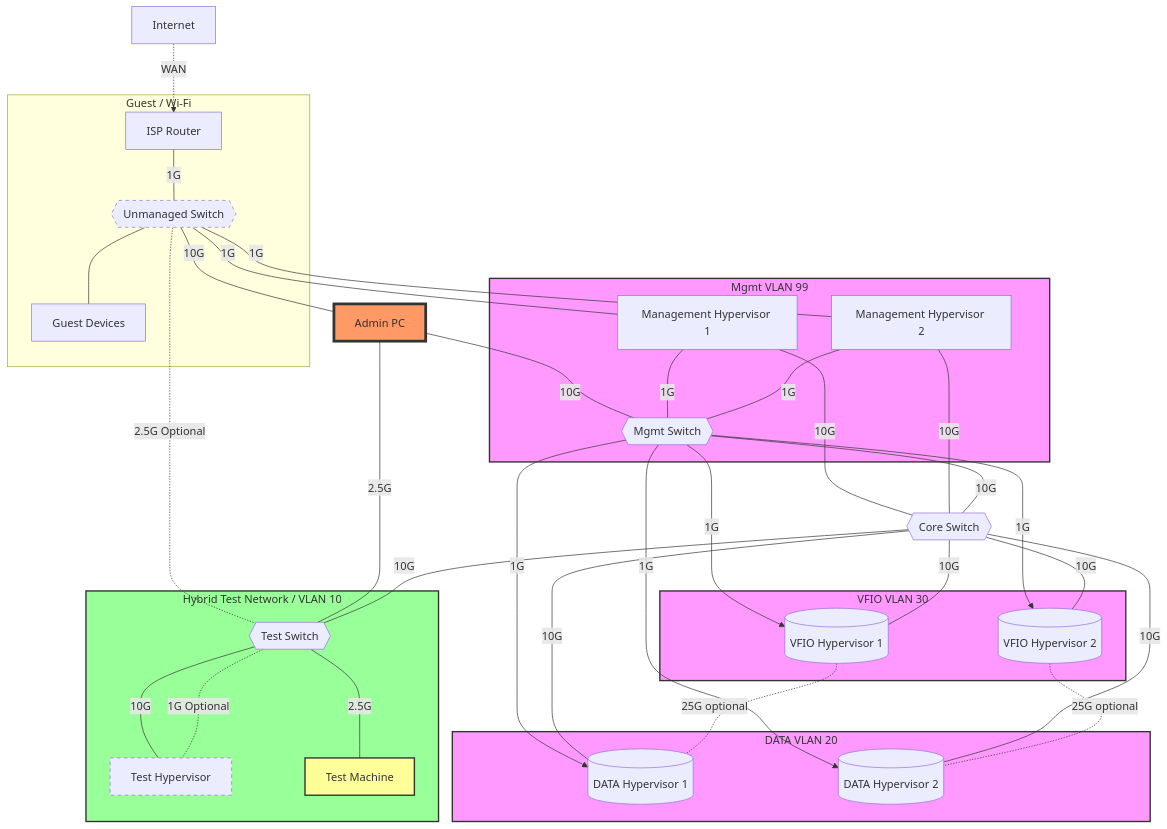
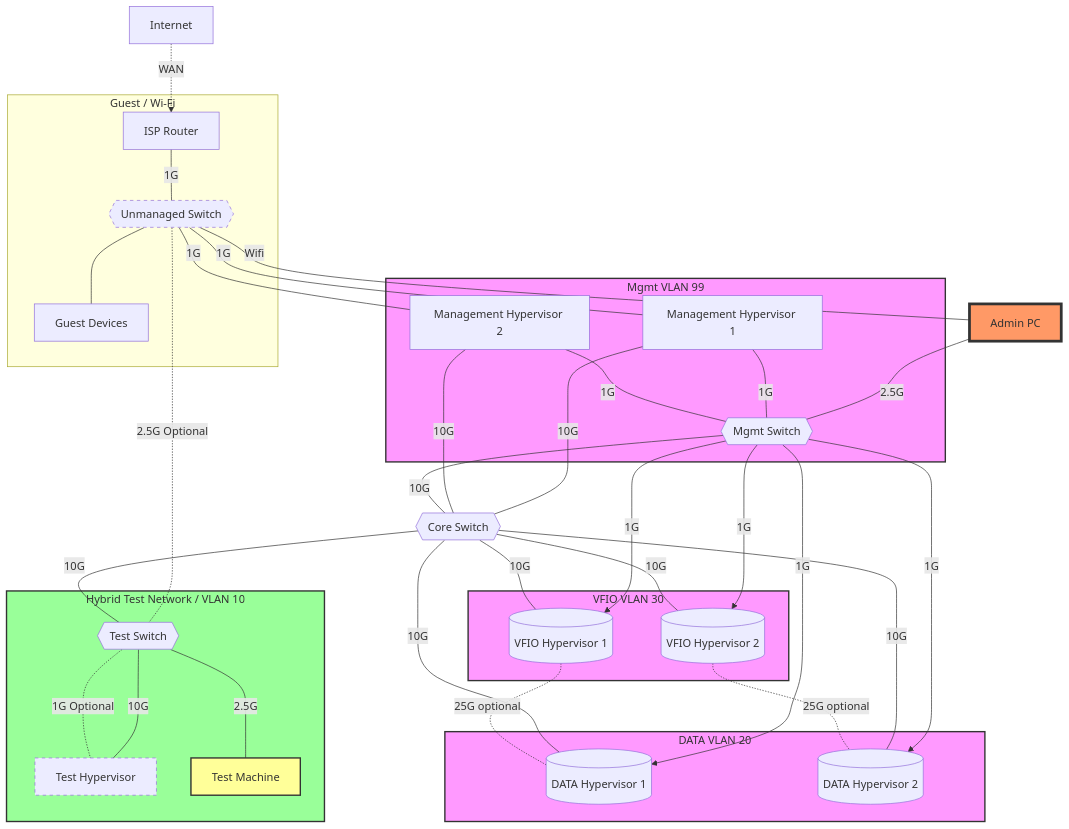
One commit to woeiru/lab changed the diagram in alp/netop4.md. Above: the diagram before and after it, drawn with Mermaid.

````diff
--- a/alp/netop4.md
+++ b/alp/netop4.md
@@ -3,72 +3,71 @@
 ```mermaid
 graph TD
     INT[Internet] -.-> |WAN| ISPR[ISP Router]
     ISPR --- |"1G"| US{{Unmanaged Switch}}
     US --- GD[Guest Devices]
     US ---|1G| MH1[Management Hypervisor 1]
     US ---|1G| MH2[Management Hypervisor 2]
     US -.-|"2.5G Optional"| TS{{Test Switch}}
 
-    US ---|"10G"| AP[Admin PC]
-    AP ---|"2.5G"| TS
-    AP ---|"10G"| MS{{Mgmt Switch}}
+    US ---|"Wifi"| AP[Admin PC]
+    AP ---|"2.5G"| MS{{Mgmt Switch}}
 
     MH1 ---|"1G"| MS
     MH2 ---|"1G"| MS
     MH1 ---|"10G"| CS{{Core Switch}}
     MH2 ---|"10G"| CS
 
     MS ---|"10G"| CS
     MS --->|"1G"| DH1
     MS --->|"1G"| DH2
     MS --->|"1G"| VH1
     MS --->|"1G"| VH2
 
     CS ---|"10G"| DH1[(DATA Hypervisor 1)]
     CS ---|"10G"| DH2[(DATA Hypervisor 2)]
     CS ---|"10G"| VH1[(VFIO Hypervisor 1)]
     CS ---|"10G"| VH2[(VFIO Hypervisor 2)]
 
     VH1 -.-|"25G optional"| DH1
     VH2 -.-|"25G optional"| DH2
 
     CS ---|"10G"| TS
     TS ---|"10G"| TH[Test Hypervisor]
     TS -.-|"1G Optional"| TH
     TS ---|"2.5G"| TM[Test Machine]
 
     subgraph VLAN20 [DATA VLAN 20]
         DH1
         DH2
     end
     subgraph VLAN30 [VFIO VLAN 30]
         VH1
         VH2
     end
     subgraph HybridTestNet [Hybrid Test Network / VLAN 10]
         TS
         TH
         TM
     end
     subgraph VLAN99 [Mgmt VLAN 99]
         MH1
         MH2
         MS
     end
     subgraph Guest [Guest / Wi-Fi]
         ISPR
         GD
         US
     end
 
     classDef vlan fill:#f9f,stroke:#333,stroke-width:2px;
     class VLAN20,VLAN30,VLAN99 vlan;
     classDef hybridtestnet fill:#9f9,stroke:#333,stroke-width:2px;
     class HybridTestNet hybridtestnet;
     classDef optional stroke-dasharray: 5 5;
     class US,TH optional;
     classDef adminpc fill:#f96,stroke:#333,stroke-width:4px;
     class AP adminpc;
     classDef testmachine fill:#ff9,stroke:#333,stroke-width:2px;
     class TM testmachine;
 ```
````
